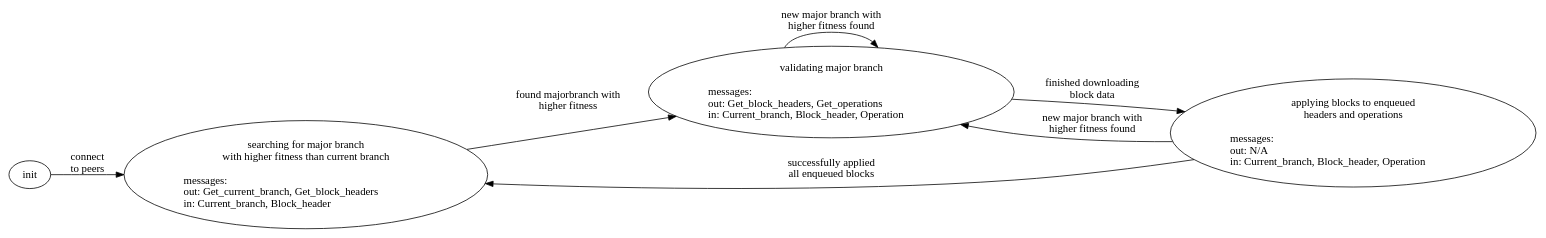
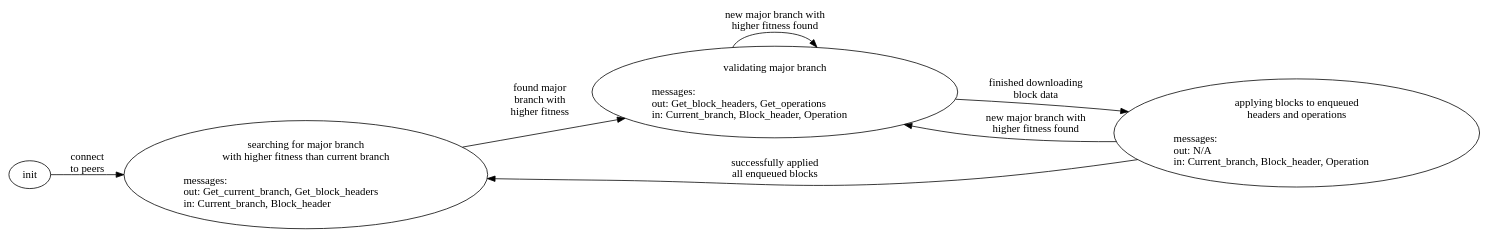
Before and after one commit to Isaac-DeFrain/presentations: the diagram in Nomadic_scientific_seminar_5-25-2021/phase_diagram.dot, drawn with Graphviz. The commit also changed 8 other files, not shown here.

```diff
--- a/Nomadic_scientific_seminar_5-25-2021/phase_diagram.dot
+++ b/Nomadic_scientific_seminar_5-25-2021/phase_diagram.dot
@@ -1,18 +1,18 @@
 digraph phase_diagram {
 
     rankdir=LR;
 
     // states
     init;
     search [href="./node_files/searching_for_major_branch.html", label="searching for major branch\nwith higher fitness than current branch\n\nmessages:\lout: Get_current_branch, Get_block_headers\lin: Current_branch, Block_header\l"];
-    major  [href="./node_files/validating_major_brnch.html", label="validating major branch\n\nmessages:\lout: Get_block_headers, Get_operations\lin: Current_branch, Block_header, Operation\l"];
+    major  [href="./node_files/validating_major_branch.html", label="validating major branch\n\nmessages:\lout: Get_block_headers, Get_operations\lin: Current_branch, Block_header, Operation\l"];
     apply  [href="./node_files/applying_blocks.html", label="applying blocks to enqueued\nheaders and operations\n\nmessages:\lout: N/A\lin: Current_branch, Block_header, Operation\l"];
 
     // transitions
     init   -> search [href="./edge_files/connect_to_peers.html", label="connect\nto peers"];
-    search -> major  [href="./edge_files/found_major_branch.html", label="found major\branch with\nhigher fitness\n "];
+    search -> major  [href="./edge_files/found_major_branch.html", label="found major\nbranch with\nhigher fitness\n "];
     major  -> major  [href="./edge_files/new_major_branch.html", label="new major branch with\nhigher fitness found"];
     major  -> apply  [href="./edge_files/enqueue.html", label="finished downloading\nblock data"];
     apply  -> search [href="./edge_files/applied_blocks.html", label="\nsuccessfully applied\nall enqueued blocks"];
     apply  -> major  [href="./edge_files/new_major_branch.html", label="new major branch with\nhigher fitness found"];
 }
```
